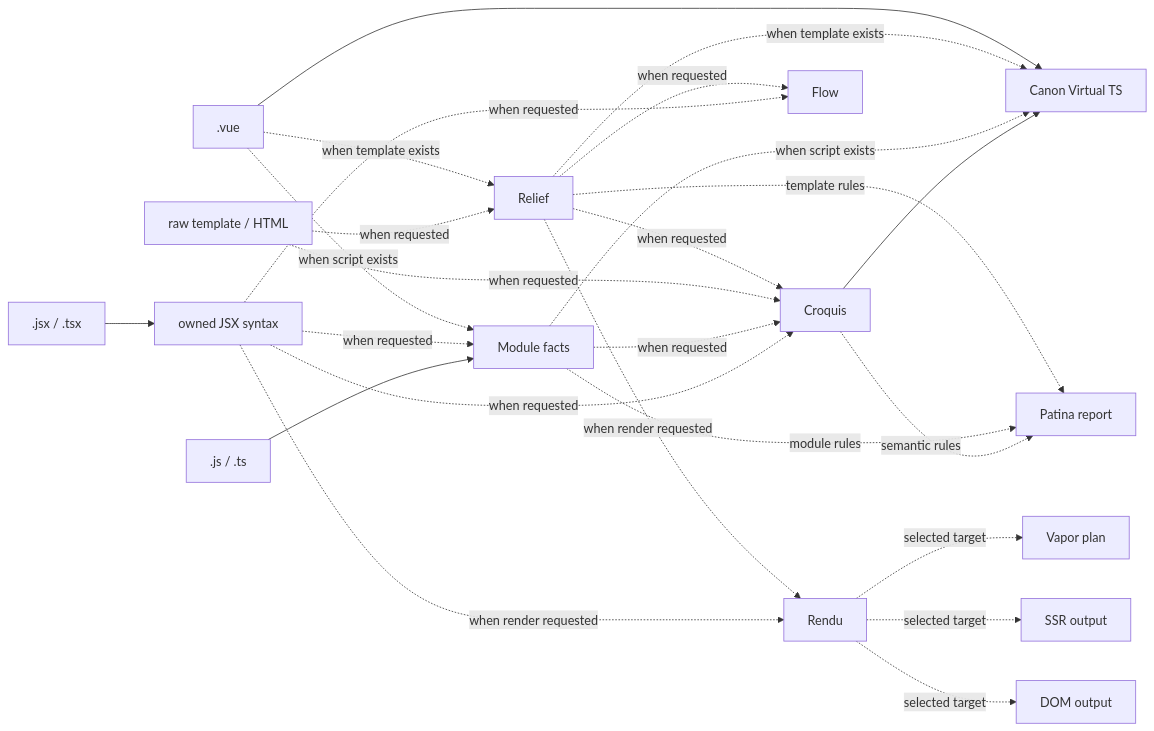
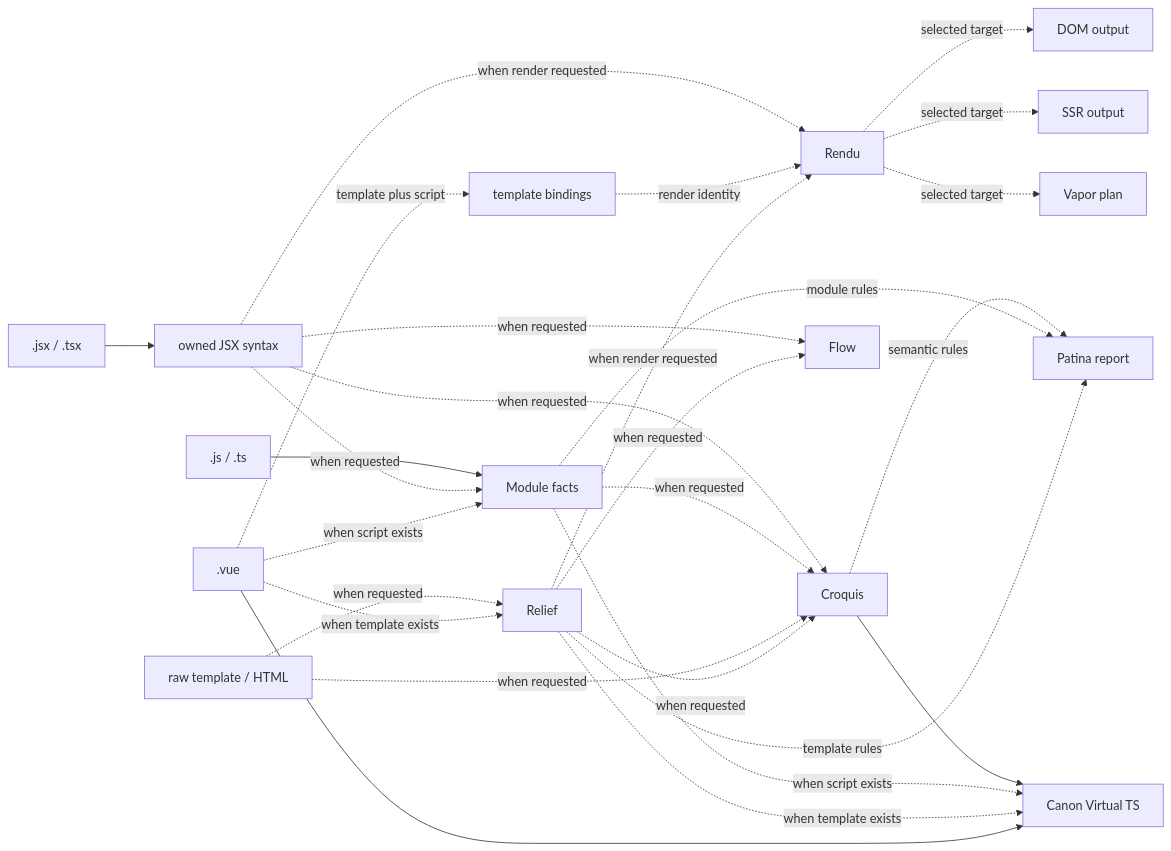
One commit to ubugeeei-prod/vize changed the second of 2 diagrams in docs/content/architecture/overview.md. Above: the diagram before and after it, drawn with Mermaid. The commit also changed other lines of this file and 100 other files, not shown here.

````diff
--- a/docs/content/architecture/overview.md
+++ b/docs/content/architecture/overview.md
@@ -73,27 +75,29 @@
 ```mermaid
 flowchart LR
     SFC[".vue"] -. "when template exists" .-> Relief["Relief"]
+    SFC -. "template plus script" .-> Bindings["template bindings"]
     Relief -. "when render requested" .-> Rendu["Rendu"]
+    Bindings -. "render identity" .-> Rendu
     RawTemplate["raw template / HTML"] -. "when requested" .-> Relief
     JSX[".jsx / .tsx"] --> JsxSyntax["owned JSX syntax"]
     JsxSyntax -. "when render requested" .-> Rendu
     SFC -. "when script exists" .-> Module["Module facts"]
     JsxSyntax -. "when requested" .-> Module
     RawModule[".js / .ts"] --> Module
     Relief -. "when requested" .-> Semantics["Croquis"]
     RawTemplate -. "when requested" .-> Semantics
     Module -. "when requested" .-> Semantics
     JsxSyntax -. "when requested" .-> Semantics
     Relief -. "when requested" .-> Flow["Flow"]
     JsxSyntax -. "when requested" .-> Flow
     Rendu -. "selected target" .-> DOM["DOM output"]
     Rendu -. "selected target" .-> SSR["SSR output"]
     Rendu -. "selected target" .-> Vapor["Vapor plan"]
     Relief -. "template rules" .-> Lint["Patina report"]
     Module -. "module rules" .-> Lint
     Semantics -. "semantic rules" .-> Lint
     SFC --> VTS["Canon Virtual TS"]
     Relief -. "when template exists" .-> VTS
     Module -. "when script exists" .-> VTS
     Semantics --> VTS
 ```
````
